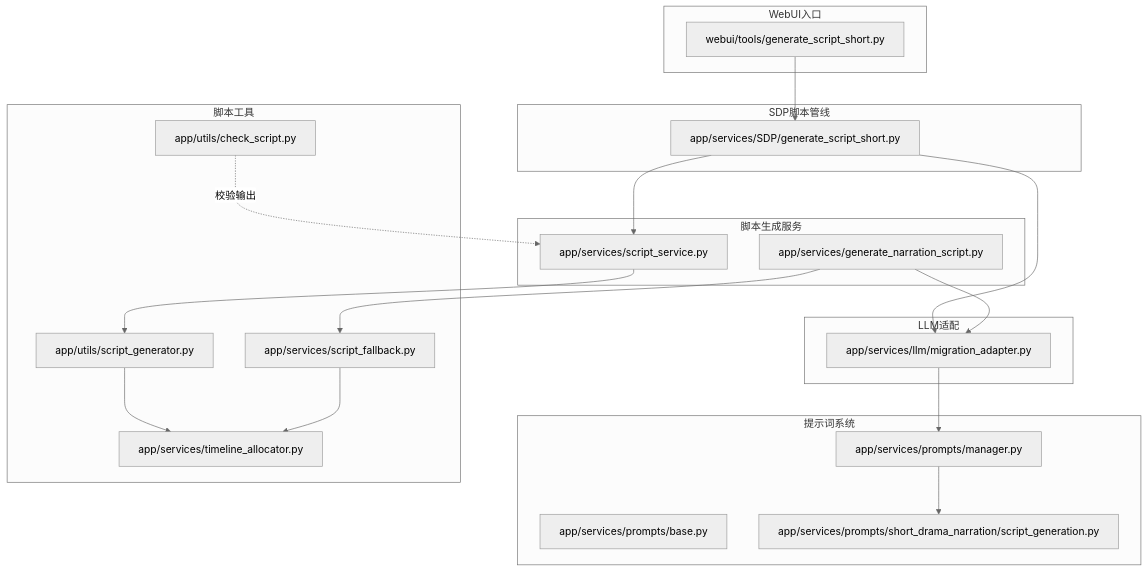
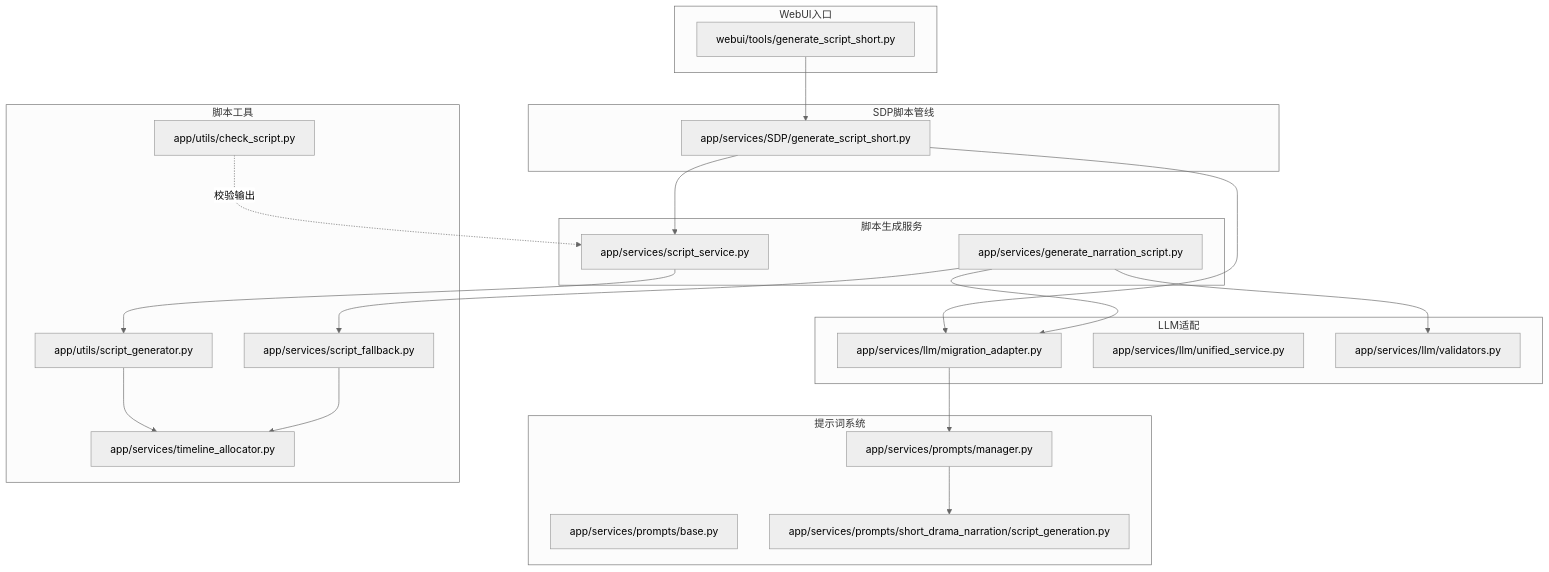
Before and after one commit to wowoduang/AIVideoClaude: the first of 10 diagrams in .qoder/repowiki/zh/content/核心功能/AI影视解说系统/脚本生成器.md, drawn with Mermaid (neutral theme). The commit also changed other lines of this file and 26 other files, not shown here.

````diff
--- a/.qoder/repowiki/zh/content/核心功能/AI影视解说系统/脚本生成器.md
+++ b/.qoder/repowiki/zh/content/核心功能/AI影视解说系统/脚本生成器.md
@@ -40,38 +44,41 @@
 ```mermaid
 graph TB
 subgraph "WebUI入口"
 W1["webui/tools/generate_script_short.py"]
 end
 subgraph "SDP脚本管线"
 SDP1["app/services/SDP/generate_script_short.py"]
 end
 subgraph "脚本生成服务"
 GNS["app/services/generate_narration_script.py"]
 SS["app/services/script_service.py"]
 end
 subgraph "提示词系统"
 PM["app/services/prompts/manager.py"]
 PBase["app/services/prompts/base.py"]
 PShort["app/services/prompts/short_drama_narration/script_generation.py"]
 end
 subgraph "LLM适配"
 MA["app/services/llm/migration_adapter.py"]
+US["app/services/llm/unified_service.py"]
+OV["app/services/llm/validators.py"]
 end
 subgraph "脚本工具"
 SG["app/utils/script_generator.py"]
 SF["app/services/script_fallback.py"]
 TA["app/services/timeline_allocator.py"]
 CS["app/utils/check_script.py"]
 end
 W1 --> SDP1
 SDP1 --> MA
 MA --> PM
 PM --> PShort
 SDP1 --> SS
 SS --> SG
 GNS --> MA
 GNS --> SF
+GNS --> OV
 SG --> TA
 SF --> TA
 CS -. 校验输出 .-> SS
 ```
````
